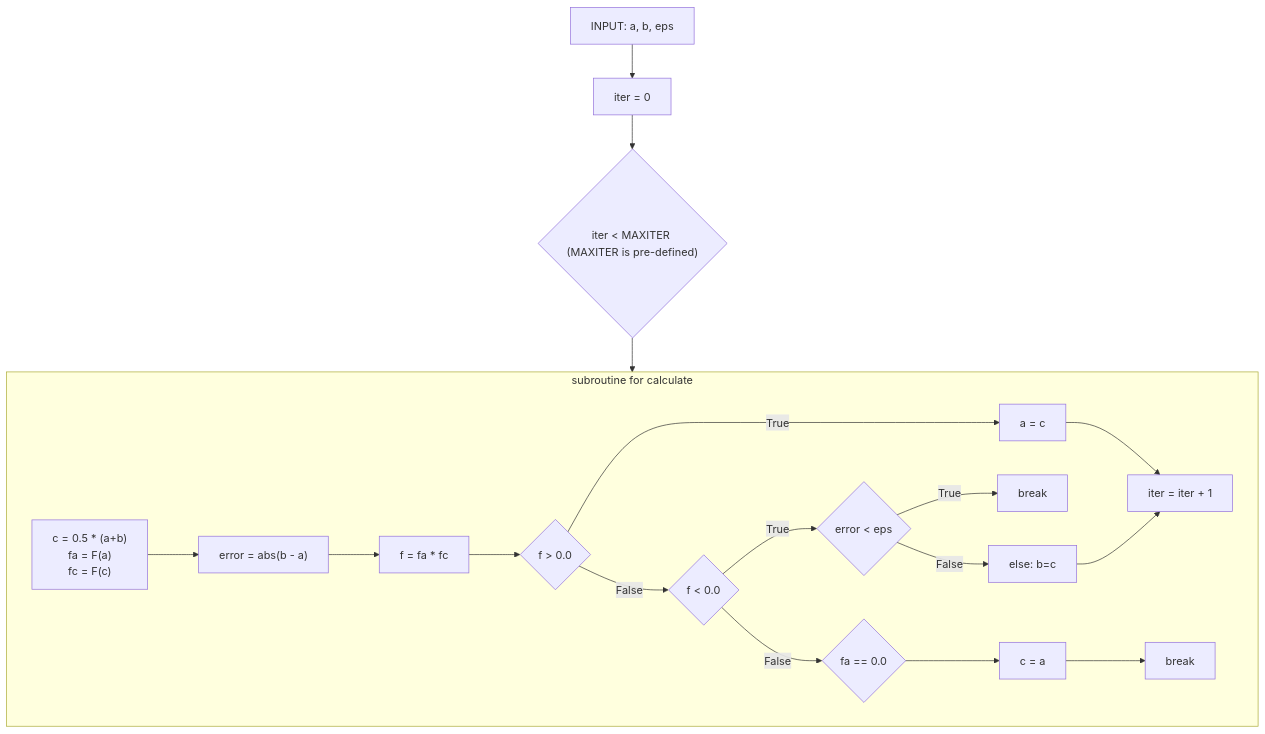
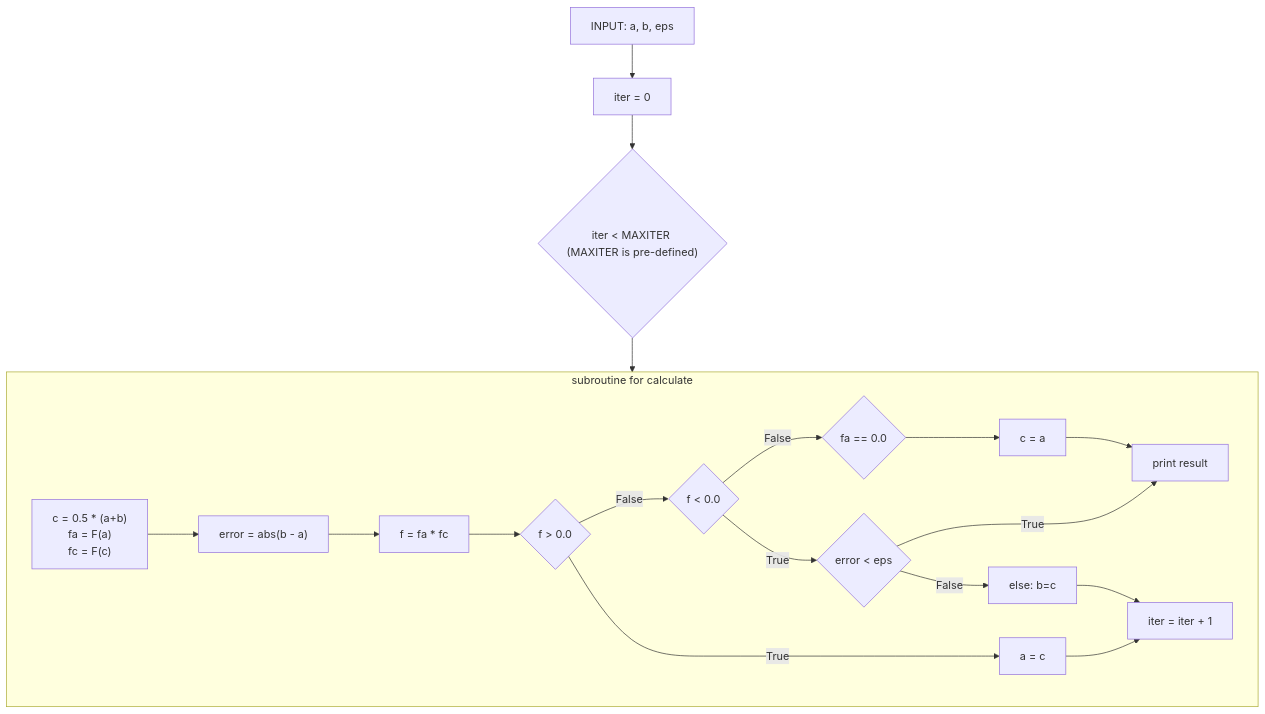
One commit to jsk0910/numerical_analysis changed the diagram in Non-linear Equations/README.md. Above: the diagram before and after it, drawn with Mermaid.

````diff
--- a/Non-linear Equations/README.md
+++ b/Non-linear Equations/README.md
@@ -26,26 +26,26 @@
 ```mermaid
 flowchart TD;
     INPUT["INPUT: a, b, eps"] --> A
     A["iter = 0"] --> whileif
     whileif{"iter < MAXITER (MAXITER is pre-defined)"} --> while
     subgraph while ["subroutine for calculate"]
         whileB["c = 0.5 * (a+b)\n fa = F(a)\n fc = F(c)"] --> whileE
         whileE["error = abs(b - a)"] --> whileF
         whileF["f = fa * fc"] --> whileIf1
         whileIf1{"f > 0.0"} -- "True" --> whileIf1True
         whileIf1True["a = c"]
         whileIf1 -- "False" --> whileIf2
         whileIf2{"f < 0.0"} -- "True" --> if1
-        if1{"error < eps"} -- "True" --> break["break"]
+        if1{"error < eps"} -- "True" --> print
         if1 -- "False" --> else
         else["else: b=c"]
         whileIf2 -- "False" --> if2
             if2{"fa == 0.0"} --> change
             change["c = a"]
-            change --> b
-            b["break"]
+            change --> print
         iter["iter = iter + 1"]
         whileIf1True --> iter
         else --> iter
     end
+    print["print result"]
 ```
````
